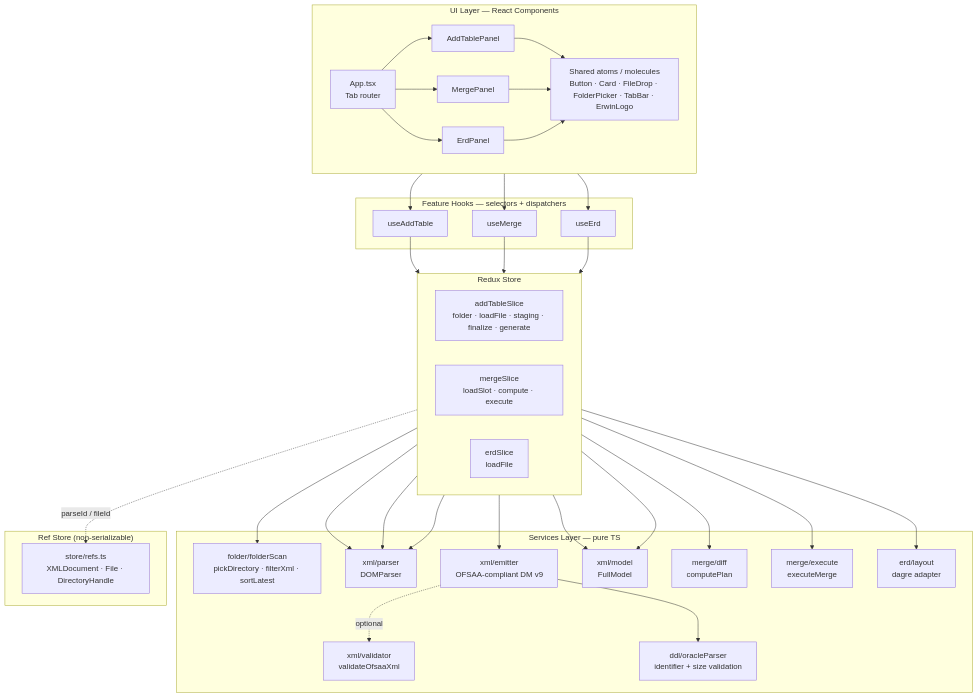
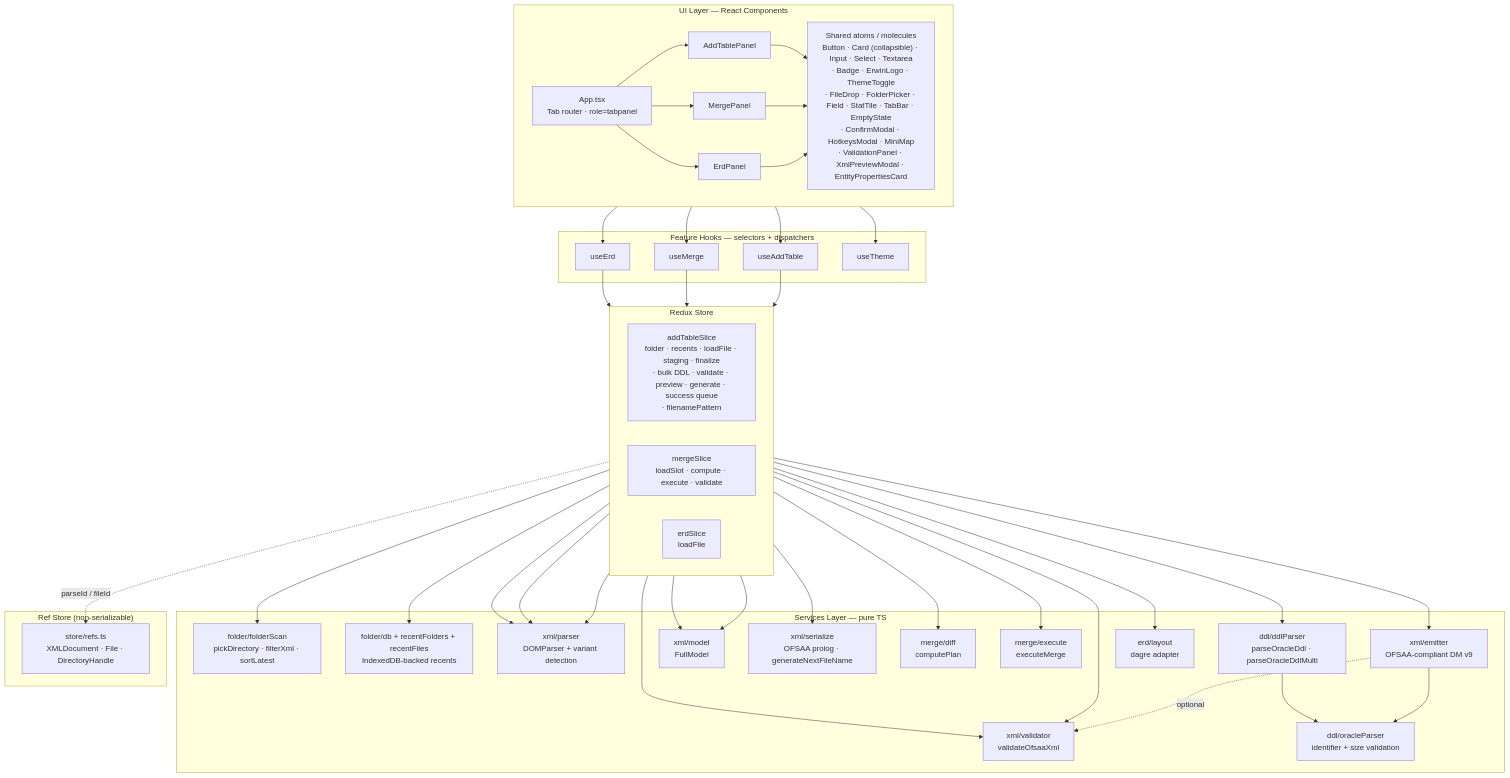
One commit to OsamaAdeel/Erwin-Data-Modeller-Lite changed the first of 4 diagrams in README.md. Above: the diagram before and after it, drawn with Mermaid. The commit also changed other lines of this file and 1 other file, not shown here.

First line of the commit message:
docs: refresh README and architecture for the current feature set

````diff
--- a/README.md
+++ b/README.md
@@ -35,68 +45,79 @@
 ```mermaid
 flowchart TB
     subgraph UI["UI Layer — React Components"]
         direction LR
-        App[App.tsx<br/>Tab router]
+        App[App.tsx<br/>Tab router · role=tabpanel]
         AddPanel[AddTablePanel]
         MergePanel[MergePanel]
         ErdPanel[ErdPanel]
-        Shared["Shared atoms / molecules<br/>Button · Card · FileDrop · FolderPicker · TabBar · ErwinLogo"]
+        Shared["Shared atoms / molecules<br/>Button · Card (collapsible) · Input · Select · Textarea<br/>· Badge · ErwinLogo · ThemeToggle<br/>· FileDrop · FolderPicker · Field · StatTile · TabBar · EmptyState<br/>· ConfirmModal · HotkeysModal · MiniMap<br/>· ValidationPanel · XmlPreviewModal · EntityPropertiesCard"]
     end
 
     subgraph Hooks["Feature Hooks — selectors + dispatchers"]
         useAddTable
         useMerge
         useErd
+        useTheme
     end
 
     subgraph Store["Redux Store"]
         direction LR
-        addTableSlice[addTableSlice<br/>folder · loadFile · staging · finalize · generate]
-        mergeSlice[mergeSlice<br/>loadSlot · compute · execute]
+        addTableSlice[addTableSlice<br/>folder · recents · loadFile · staging · finalize<br/>· bulk DDL · validate · preview · generate · success queue<br/>· filenamePattern]
+        mergeSlice[mergeSlice<br/>loadSlot · compute · execute · validate]
         erdSlice[erdSlice<br/>loadFile]
     end
 
     subgraph Services["Services Layer — pure TS"]
         folder[folder/folderScan<br/>pickDirectory · filterXml · sortLatest]
-        parser[xml/parser<br/>DOMParser]
+        idb[folder/db + recentFolders + recentFiles<br/>IndexedDB-backed recents]
+        parser[xml/parser<br/>DOMParser + variant detection]
         emitter[xml/emitter<br/>OFSAA-compliant DM v9]
         validator[xml/validator<br/>validateOfsaaXml]
         modelSvc[xml/model<br/>FullModel]
+        serialize[xml/serialize<br/>OFSAA prolog · generateNextFileName]
         diff[merge/diff<br/>computePlan]
         execute[merge/execute<br/>executeMerge]
+        ddl[ddl/ddlParser<br/>parseOracleDdl · parseOracleDdlMulti]
         oracle[ddl/oracleParser<br/>identifier + size validation]
         layout[erd/layout<br/>dagre adapter]
     end
 
     subgraph Refs["Ref Store (non-serializable)"]
         refs[store/refs.ts<br/>XMLDocument · File · DirectoryHandle]
     end
 
     App --> AddPanel & MergePanel & ErdPanel
     AddPanel --> Shared
     MergePanel --> Shared
     ErdPanel --> Shared
 
     AddPanel --> useAddTable
     MergePanel --> useMerge
     ErdPanel --> useErd
+    App --> useTheme
 
     useAddTable --> addTableSlice
     useMerge --> mergeSlice
     useErd --> erdSlice
 
     addTableSlice --> folder
+    addTableSlice --> idb
     addTableSlice --> parser
+    addTableSlice --> ddl
     addTableSlice --> emitter
+    addTableSlice --> validator
+    addTableSlice --> serialize
     addTableSlice -.parseId / fileId.-> refs
     mergeSlice --> parser
     mergeSlice --> modelSvc
     mergeSlice --> diff
     mergeSlice --> execute
+    mergeSlice --> validator
     erdSlice --> parser
     erdSlice --> modelSvc
     erdSlice --> layout
 
     emitter --> oracle
     emitter -.optional.-> validator
+    ddl --> oracle
 ```
````
